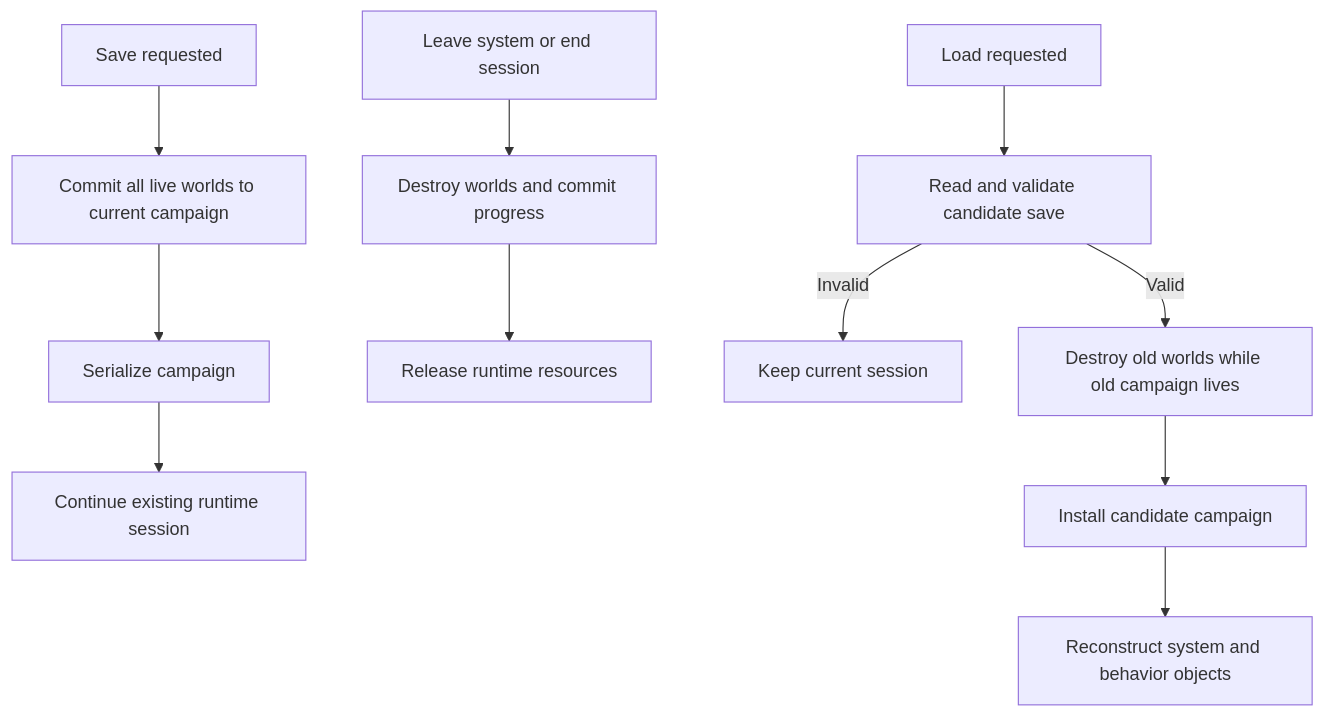
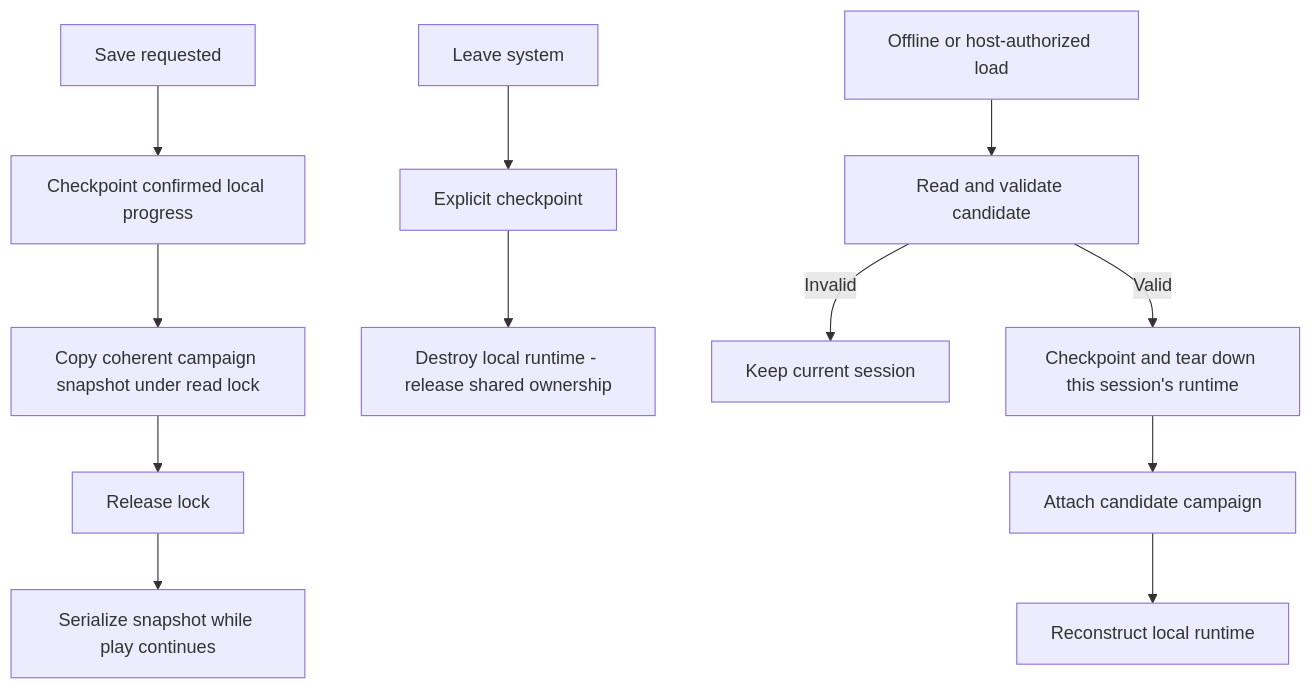
The second of 2 diagrams in docs/design/solar-system/README.md (yost-jacob/uqm-cpp17), drawn with Mermaid before and after one commit. The commit also changed other lines of this file and 4 other files, not shown here.

Commit message:
Plan shared campaign lifetime and lock-scoped state access

````diff
--- a/docs/design/solar-system/README.md
+++ b/docs/design/solar-system/README.md
@@ -107,13 +164,14 @@
 ```mermaid
 flowchart TD
-    Save[Save requested] --> Flush[Commit all live worlds to current campaign]
-    Flush --> Write[Serialize campaign]
-    Write --> Continue[Continue existing runtime session]
-    Leave[Leave system or end session] --> Destroy[Destroy worlds and commit progress]
-    Destroy --> Release[Release runtime resources]
-    Load[Load requested] --> Validate[Read and validate candidate save]
+    Save[Save requested] --> Checkpoint[Checkpoint confirmed local progress]
+    Checkpoint --> Snapshot[Copy coherent campaign snapshot under read lock]
+    Snapshot --> Unlock[Release lock]
+    Unlock --> Write[Serialize snapshot while play continues]
+    Leave[Leave system] --> Flush[Explicit checkpoint]
+    Flush --> Destroy[Destroy local runtime - release shared ownership]
+    Load[Offline or host-authorized load] --> Validate[Read and validate candidate]
     Validate -->|Invalid| Keep[Keep current session]
-    Validate -->|Valid| Old[Destroy old worlds while old campaign lives]
-    Old --> Replace[Install candidate campaign]
-    Replace --> Rebuild[Reconstruct system and behavior objects]
+    Validate -->|Valid| Old[Checkpoint and tear down this session's runtime]
+    Old --> Attach[Attach candidate campaign]
+    Attach --> Rebuild[Reconstruct local runtime]
 ```
````
